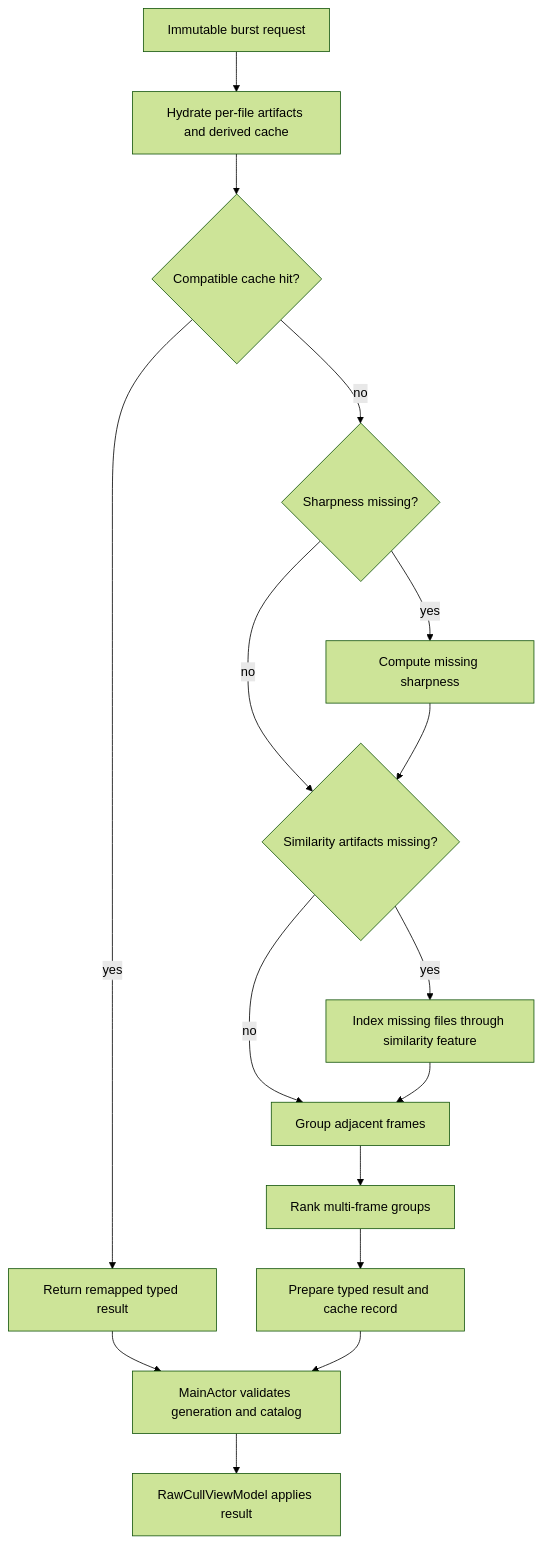
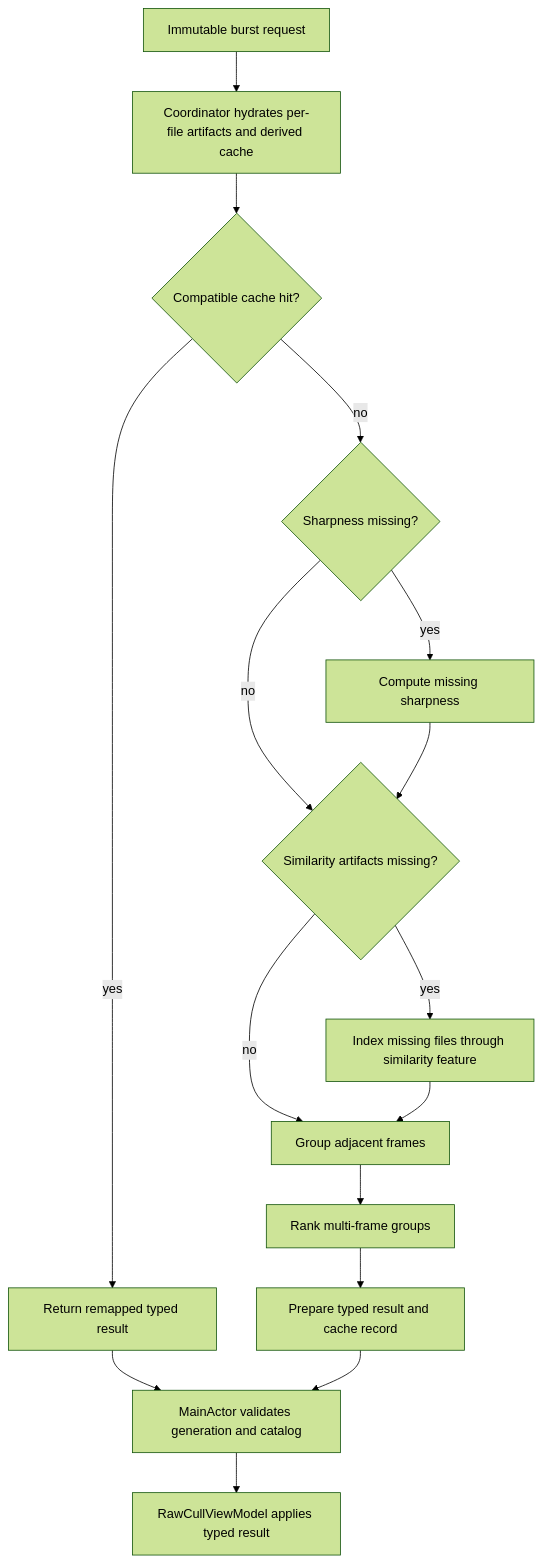
The sixth of 7 diagrams in content/en/docs/modularaiintegration.md (rsyncOSX/TechDocRawcull), drawn with Mermaid (forest theme) before and after one commit. The commit also changed other lines of this file, not shown here.

````diff
--- a/content/en/docs/modularaiintegration.md
+++ b/content/en/docs/modularaiintegration.md
@@ -444,18 +456,18 @@
 ```mermaid
 flowchart TD
-    Request["Immutable burst request"] --> Hydrate["Hydrate per-file artifacts and derived cache"]
+    Request["Immutable burst request"] --> Hydrate["Coordinator hydrates per-file artifacts and derived cache"]
     Hydrate --> Cache{"Compatible cache hit?"}
     Cache -->|"yes"| Restore["Return remapped typed result"]
     Cache -->|"no"| Sharpness{"Sharpness missing?"}
     Sharpness -->|"yes"| Score["Compute missing sharpness"]
     Sharpness -->|"no"| Similarity
     Score --> Similarity{"Similarity artifacts missing?"}
     Similarity -->|"yes"| Index["Index missing files through similarity feature"]
     Similarity -->|"no"| Group
     Index --> Group["Group adjacent frames"]
     Group --> Rank["Rank multi-frame groups"]
     Rank --> Prepare["Prepare typed result and cache record"]
     Restore --> Validate["MainActor validates generation and catalog"]
     Prepare --> Validate
-    Validate --> Apply["RawCullViewModel applies result"]
+    Validate --> Apply["RawCullViewModel applies typed result"]
 ```
````
